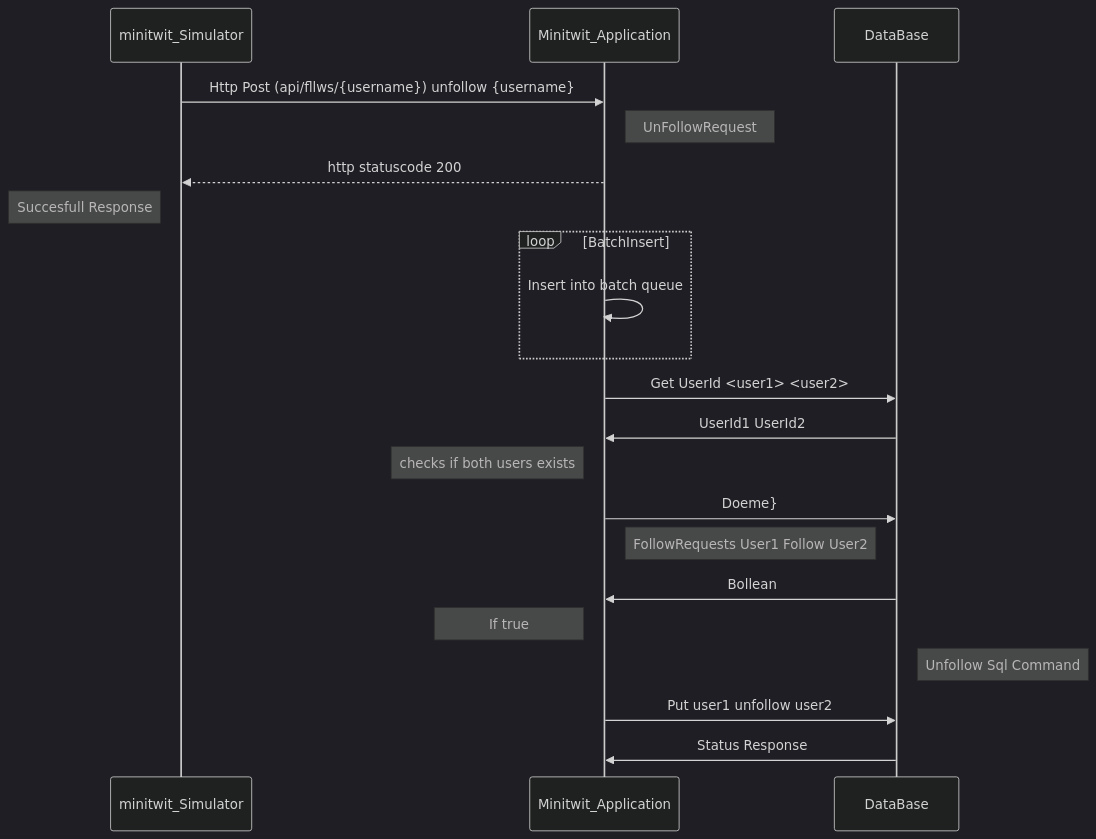
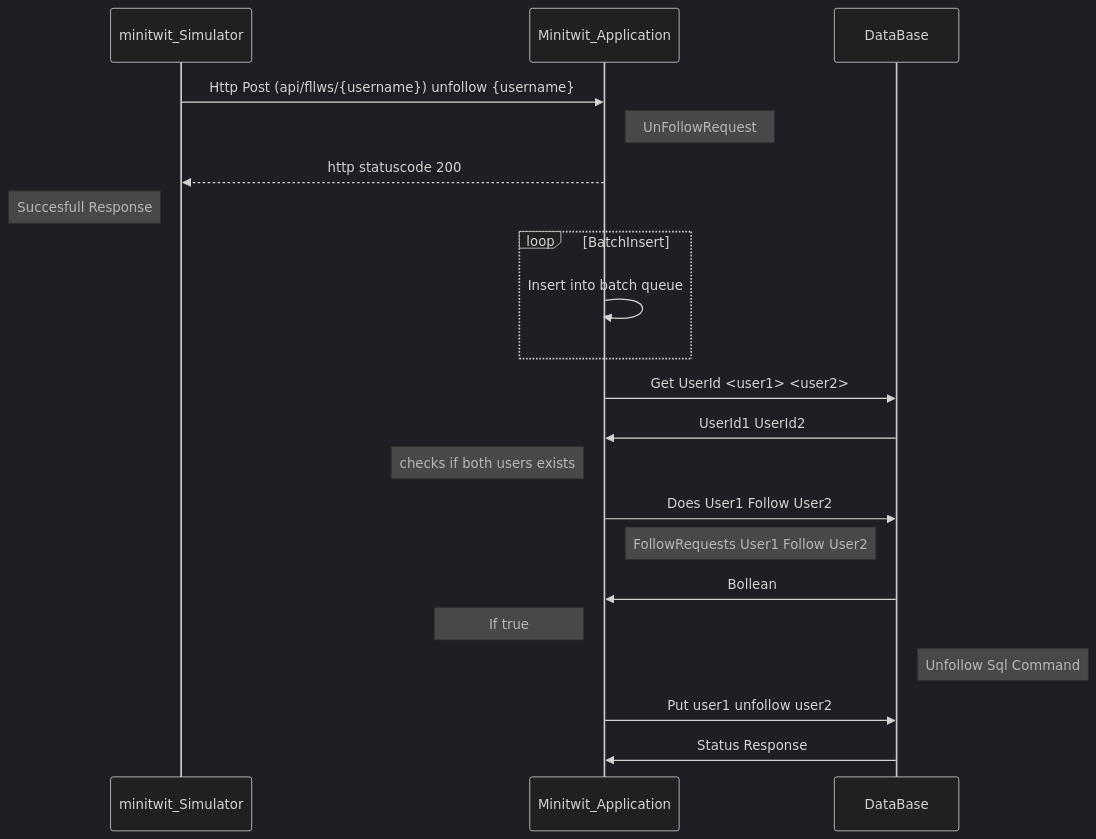
The first of 2 diagrams in report/report.md (Docker-Daze/itu-minitwit), drawn with Mermaid (dark theme) before and after one commit. The commit also changed other lines of this file, not shown here.

Commit message:
fixed sequence diagrams

````diff
--- a/report/report.md
+++ b/report/report.md
@@ -261,23 +261,23 @@
 ```mermaid
 sequenceDiagram
     participant minitwit_Simulator
     participant Minitwit_Application
     participant DataBase
     minitwit_Simulator->>Minitwit_Application: Http Post (api/fllws/{username}) unfollow {username}
     Note right of Minitwit_Application: UnFollowRequest
     Minitwit_Application-->>minitwit_Simulator: http statuscode 200
     Note left of minitwit_Simulator: Succesfull Response
     loop BatchInsert
     Minitwit_Application->>Minitwit_Application: Insert into batch queue
     end
     Minitwit_Application->>DataBase: Get UserId <user1> <user2>
     DataBase->>Minitwit_Application: UserId1 UserId2
     Note left of Minitwit_Application: checks if both users exists
-    Minitwit_Application->>DataBase: Doeme}
+    Minitwit_Application->>DataBase: Does User1 Follow User2
     Note right of Minitwit_Application: FollowRequests User1 Follow User2
     DataBase->>Minitwit_Application: Bollean
     Note left of Minitwit_Application: If true
     Note right of DataBase: Unfollow Sql Command
     Minitwit_Application->>DataBase: Put user1 unfollow user2
     DataBase->>Minitwit_Application: Status Response 
 ```
````
